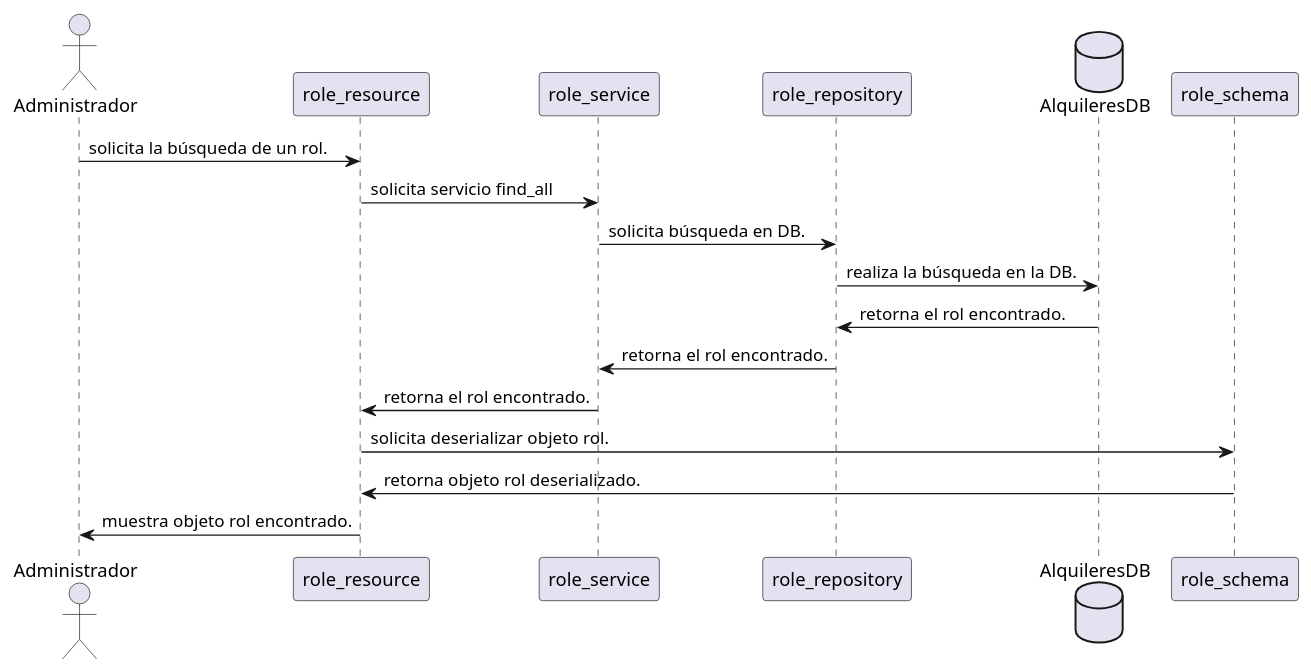
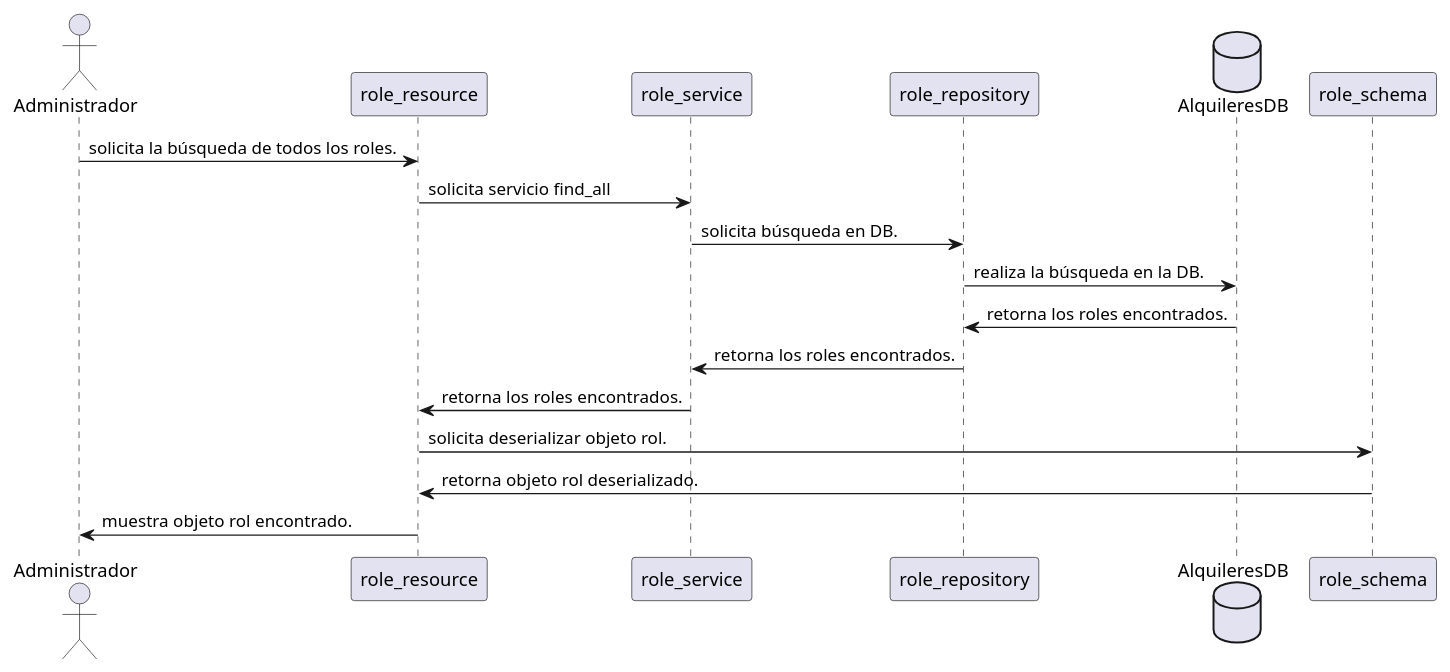
The diagram in doc/CRUD_Role/read_findAll_role.puml (gvrl1/sistema-alquileres), drawn with PlantUML before and after one commit. The commit also changed 13 other files, not shown here.

Commit message:
CRUD Usuario terminado y modificaciones schemas

```diff
--- a/doc/CRUD_Role/read_findAll_role.puml
+++ b/doc/CRUD_Role/read_findAll_role.puml
@@ -1,19 +1,19 @@
 @startuml Diagrama de Secuencia - Búsqueda de todos los roles
 
 actor Administrador
 
-Administrador -> role_resource: solicita la búsqueda de un rol.
+Administrador -> role_resource: solicita la búsqueda de todos los roles.
 role_resource -> role_service: solicita servicio find_all
 role_service -> role_repository: solicita búsqueda en DB.
 
 database AlquileresDB
 
 role_repository -> AlquileresDB: realiza la búsqueda en la DB.
-AlquileresDB -> role_repository: retorna el rol encontrado.
-role_repository -> role_service: retorna el rol encontrado.
-role_service -> role_resource: retorna el rol encontrado.
+AlquileresDB -> role_repository: retorna los roles encontrados.
+role_repository -> role_service: retorna los roles encontrados.
+role_service -> role_resource: retorna los roles encontrados.
 role_resource -> role_schema: solicita deserializar objeto rol.
 role_schema -> role_resource: retorna objeto rol deserializado.
 role_resource -> Administrador: muestra objeto rol encontrado.
 
 @enduml
```
